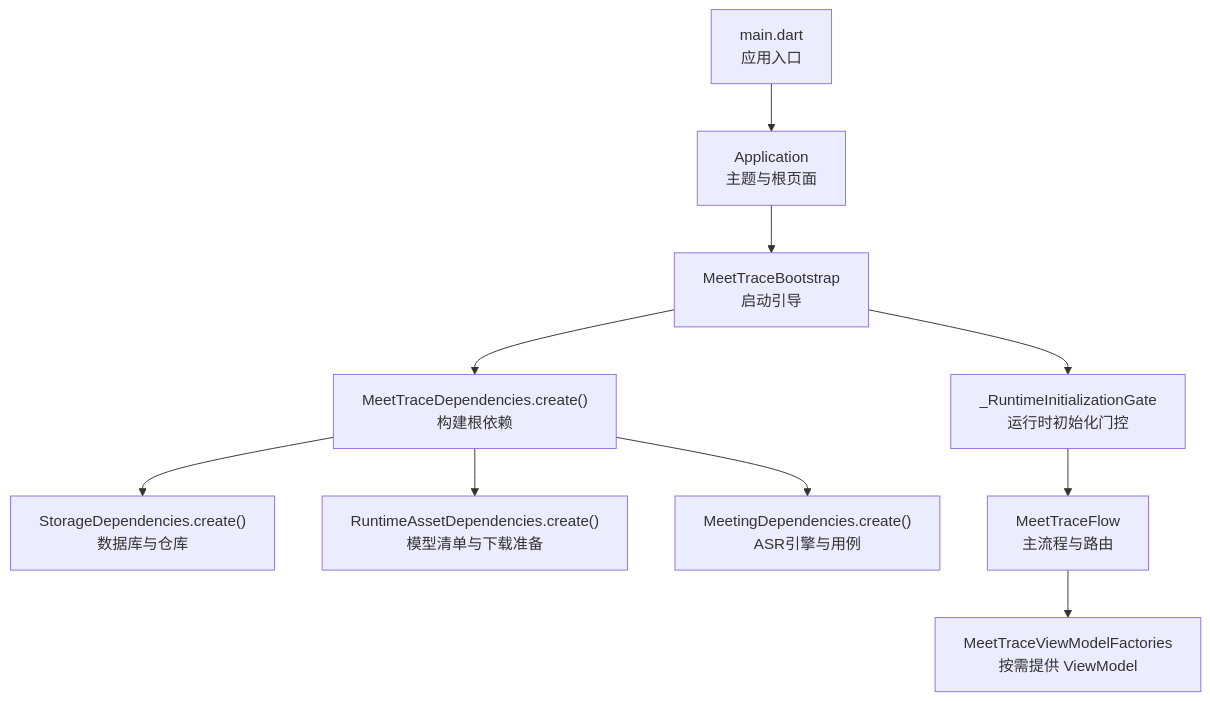
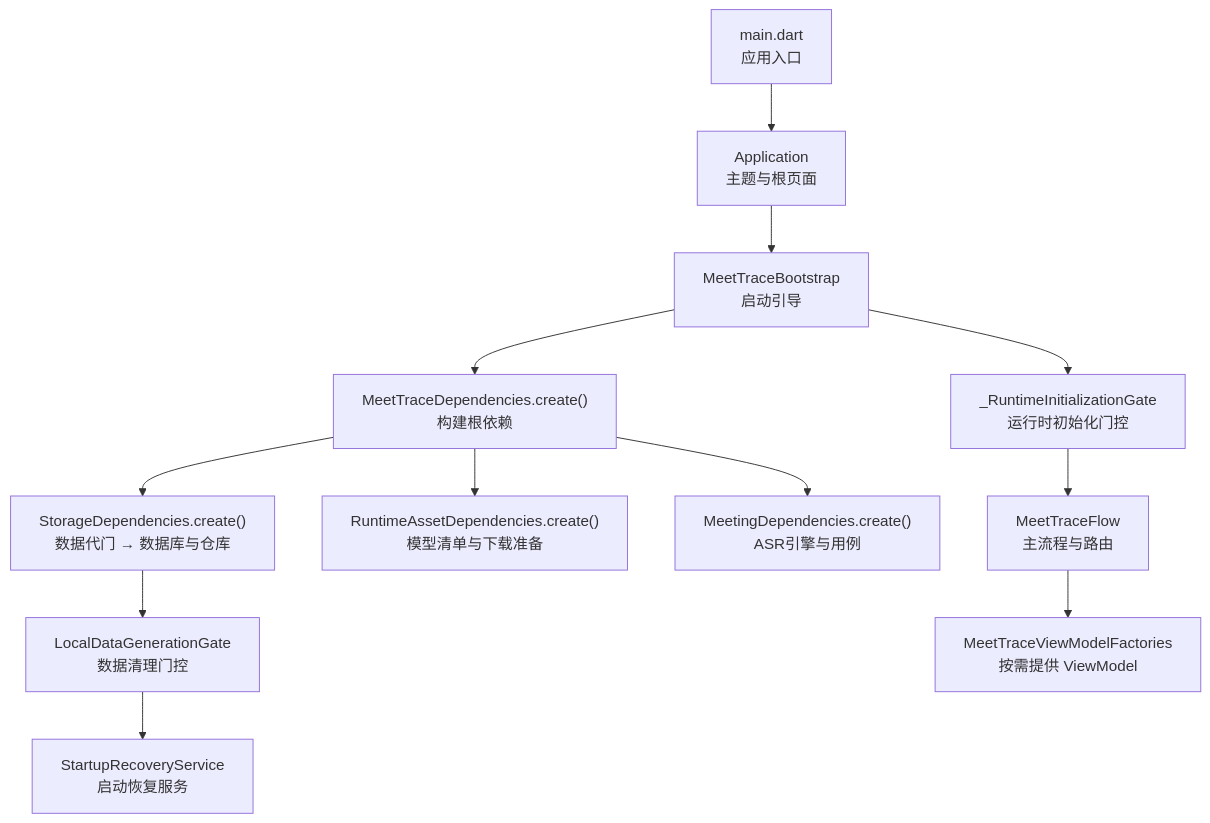
Before and after one commit to zhangheng2022/meet_trace: the first of 4 diagrams in .qoder/repowiki/zh/content/架构设计/依赖注入.md, drawn with Mermaid. The commit also changed other lines of this file and 220 other files, not shown here.

````diff
--- a/.qoder/repowiki/zh/content/架构设计/依赖注入.md
+++ b/.qoder/repowiki/zh/content/架构设计/依赖注入.md
@@ -40,12 +52,14 @@
 ```mermaid
 graph TB
 A["main.dart<br/>应用入口"] --> B["Application<br/>主题与根页面"]
 B --> C["MeetTraceBootstrap<br/>启动引导"]
 C --> D["MeetTraceDependencies.create()<br/>构建根依赖"]
-D --> E["StorageDependencies.create()<br/>数据库与仓库"]
-D --> F["RuntimeAssetDependencies.create()<br/>模型清单与下载准备"]
-D --> G["MeetingDependencies.create()<br/>ASR引擎与用例"]
-C --> H["_RuntimeInitializationGate<br/>运行时初始化门控"]
-H --> I["MeetTraceFlow<br/>主流程与路由"]
-I --> J["MeetTraceViewModelFactories<br/>按需提供 ViewModel"]
+D --> E["StorageDependencies.create()<br/>数据代门 → 数据库与仓库"]
+E --> F["LocalDataGenerationGate<br/>数据清理门控"]
+F --> G["StartupRecoveryService<br/>启动恢复服务"]
+D --> H["RuntimeAssetDependencies.create()<br/>模型清单与下载准备"]
+D --> I["MeetingDependencies.create()<br/>ASR引擎与用例"]
+C --> J["_RuntimeInitializationGate<br/>运行时初始化门控"]
+J --> K["MeetTraceFlow<br/>主流程与路由"]
+K --> L["MeetTraceViewModelFactories<br/>按需提供 ViewModel"]
 ```
````
